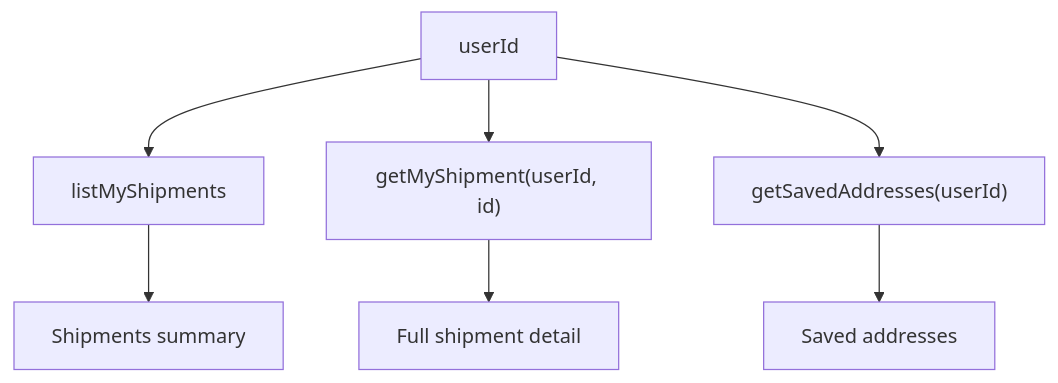
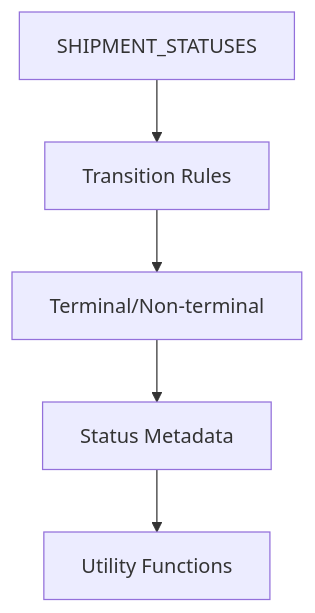
Before and after one commit to gyamposudodzi/Timberland: the tenth of 14 diagrams in .qoder/repowiki/en/content/Authentication System/User Management/User Profile Management.md, drawn with Mermaid. The commit also changed other lines of this file and 48 other files, not shown here.

First line of the commit message:
feat(testing): expand E2E test coverage with new user flows and dashboard features

````diff
--- a/.qoder/repowiki/en/content/Authentication System/User Management/User Profile Management.md
+++ b/.qoder/repowiki/en/content/Authentication System/User Management/User Profile Management.md
@@ -242,9 +414,7 @@
 ```mermaid
 flowchart TD
-Input["userId"] --> List["listMyShipments"]
-Input --> Detail["getMyShipment(userId, id)"]
-Input --> Saved["getSavedAddresses(userId)"]
-List --> OutputList["Shipments summary"]
-Detail --> OutputDetail["Full shipment detail"]
-Saved --> OutputSaved["Saved addresses"]
+StatusEnum["SHIPMENT_STATUSES"] --> Transitions["Transition Rules"]
+Transitions --> Classification["Terminal/Non-terminal"]
+Classification --> Metadata["Status Metadata"]
+Metadata --> Utilities["Utility Functions"]
 ```
````
